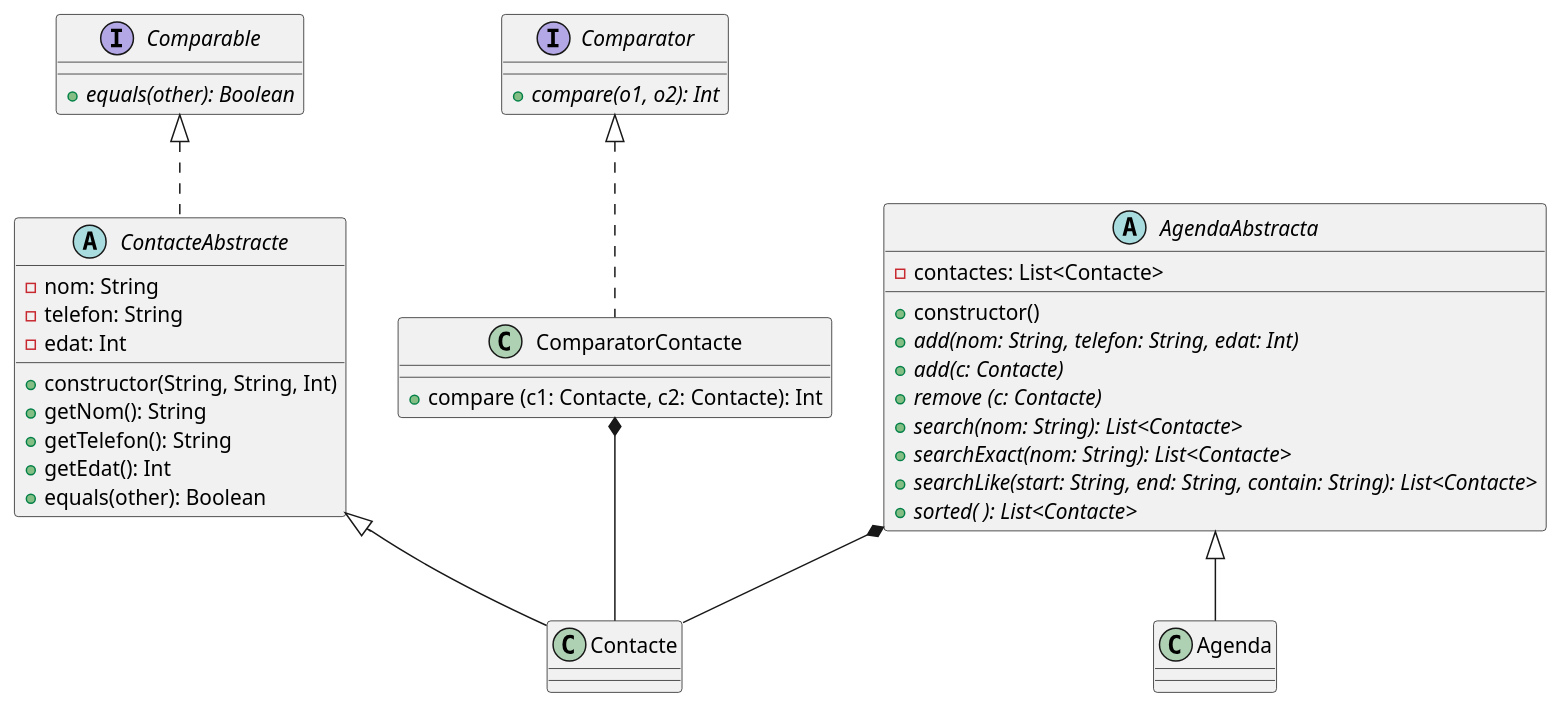
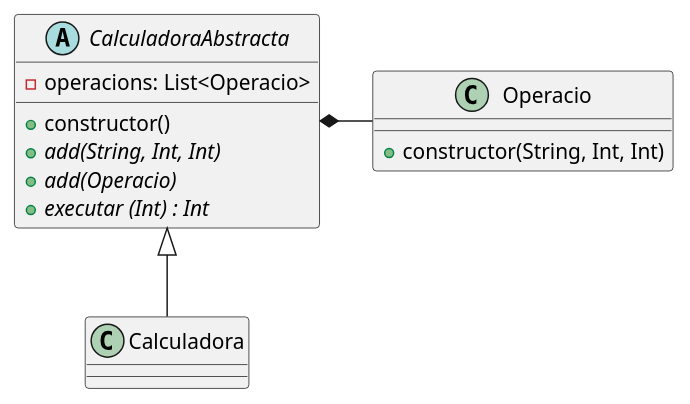
One commit to dmarin-itb/M03-UF5-Demo-Examen changed the diagram in src/main/kotlin/uml/DiagramaClasses.puml. Above: the diagram before and after it, drawn with PlantUML. The commit also changed 10 other files, not shown here.

```diff
--- a/src/main/kotlin/uml/DiagramaClasses.puml
+++ b/src/main/kotlin/uml/DiagramaClasses.puml
@@ -1,48 +1,19 @@
 @startuml
 'https://plantuml.com/class-diagram
 
-interface Comparable{
-  {abstract} + equals(other): Boolean
+abstract class CalculadoraAbstracta {
+     - operacions: List<Operacio>
+     + constructor()
+     {abstract} + add(String, Int, Int)
+     {abstract} + add(Operacio)
+     {abstract} + executar (Int) : Int
 }
-interface Comparator {
-    {abstract} + compare(o1, o2): Int
- }
 
-abstract class AgendaAbstracta {
-     - contactes: List<Contacte>
-     + constructor()
-     {abstract} + add(nom: String, telefon: String, edat: Int)
-     {abstract} + add(c: Contacte)
-     {abstract} + remove (c: Contacte)
-     {abstract} + search(nom: String): List<Contacte>
-     {abstract} + searchExact(nom: String): List<Contacte>
-     {abstract} + searchLike(start: String, end: String, contain: String): List<Contacte>
-     {abstract} + sorted( ): List<Contacte>
-}
-abstract class ContacteAbstracte {
-    - nom: String
-    - telefon: String
-    - edat: Int
-    + constructor(String, String, Int)
-    + getNom(): String
-    + getTelefon(): String
-    + getEdat(): Int
-    + equals(other): Boolean
+class Operacio {
+    + constructor(String, Int, Int)
     }
 
-class ComparatorContacte {
-    + compare (c1: Contacte, c2: Contacte): Int
-}
 
-class Agenda {
-}
-
-
-AgendaAbstracta <|-- Agenda
-Comparable <|.. ContacteAbstracte
-ContacteAbstracte <|-- Contacte
-Comparator <|..ComparatorContacte
-
-AgendaAbstracta *-- Contacte
-ComparatorContacte *--Contacte
+CalculadoraAbstracta <|-- Calculadora
+CalculadoraAbstracta *-right- Operacio
 @enduml
```
